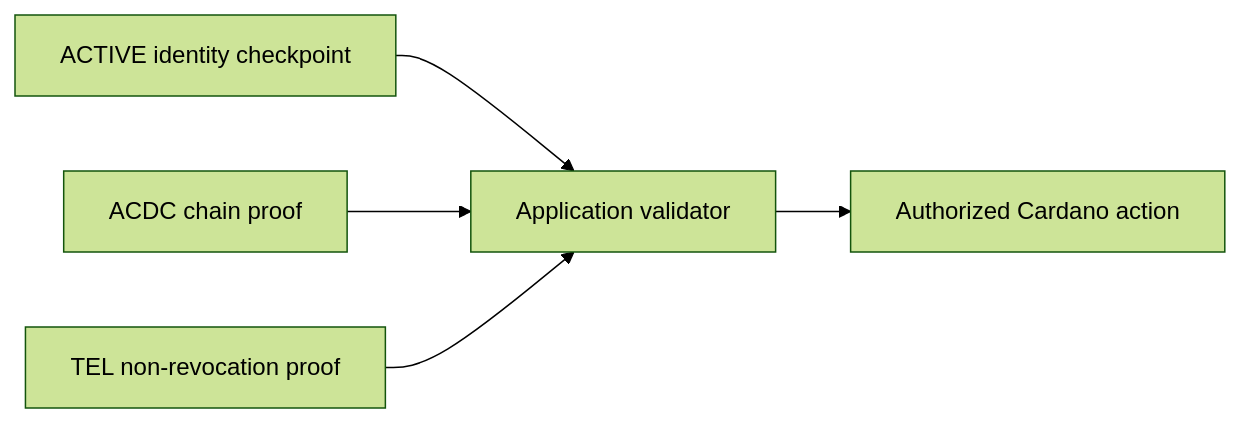
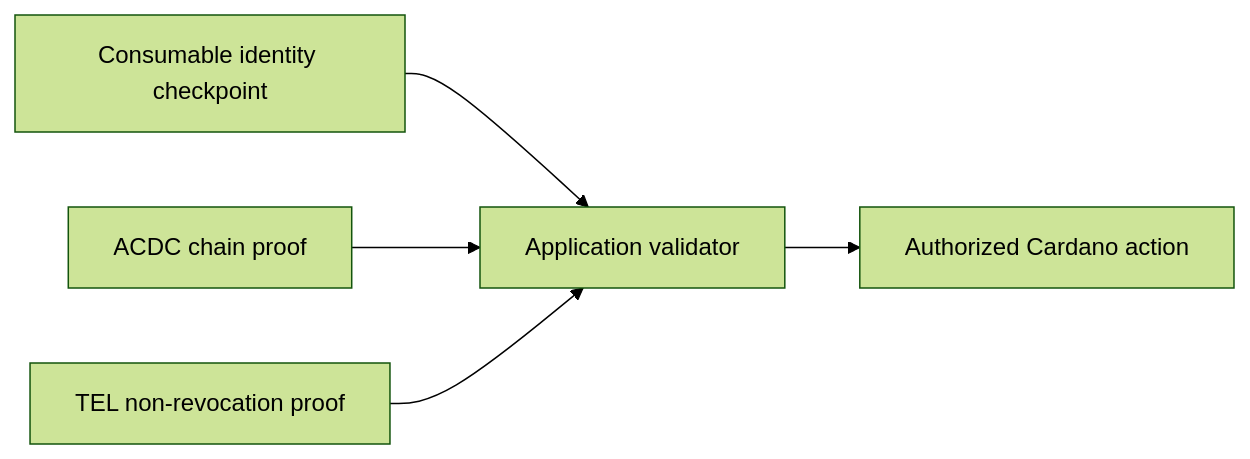
One commit to lambdasistemi/cardano-keri changed the sixth of 6 diagrams in docs/architecture/system.md. Above: the diagram before and after it, drawn with Mermaid (forest theme). The commit also changed other lines of this file and 2 other files, not shown here.

First line of the commit message:
docs(architecture): identity operations, overview and system rewritten

````diff
--- a/docs/architecture/system.md
+++ b/docs/architecture/system.md
@@ -138,13 +186,13 @@
 ```mermaid
 flowchart LR
-    ID["ACTIVE identity checkpoint"]
+    ID["Consumable identity checkpoint"]
     ACDC["ACDC chain proof"]
     TEL["TEL non-revocation proof"]
     APP["Application validator"]
     ACTION["Authorized Cardano action"]
 
     ID --> APP
     ACDC --> APP
     TEL --> APP
     APP --> ACTION
 ```
````
